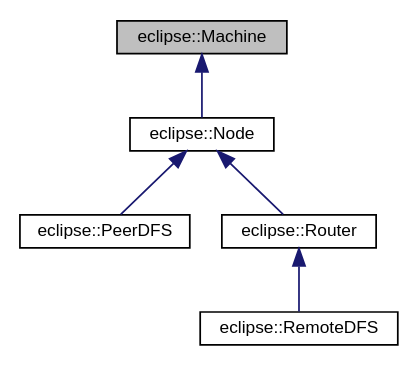
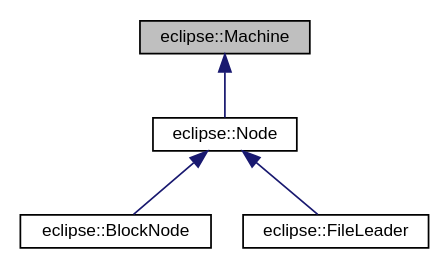
The diagram in classeclipse_1_1Machine__inherit__graph.dot (DICL/VeloxDFS), drawn with Graphviz before and after one commit. The commit also changed 307 other files, not shown here.

```diff
--- a/classeclipse_1_1Machine__inherit__graph.dot
+++ b/classeclipse_1_1Machine__inherit__graph.dot
@@ -1,14 +1,12 @@
 digraph G
 {
   edge [fontname="Helvetica",fontsize="10",labelfontname="Helvetica",labelfontsize="10"];
   node [fontname="Helvetica",fontsize="10",shape=record];
   Node1 [label="eclipse::Machine",height=0.2,width=0.4,color="black", fillcolor="grey75", style="filled" fontcolor="black"];
   Node1 -> Node2 [dir="back",color="midnightblue",fontsize="10",style="solid",fontname="Helvetica"];
   Node2 [label="eclipse::Node",height=0.2,width=0.4,color="black", fillcolor="white", style="filled",URL="$classeclipse_1_1Node.html"];
   Node2 -> Node3 [dir="back",color="midnightblue",fontsize="10",style="solid",fontname="Helvetica"];
-  Node3 [label="eclipse::PeerDFS",height=0.2,width=0.4,color="black", fillcolor="white", style="filled",URL="$classeclipse_1_1PeerDFS.html"];
+  Node3 [label="eclipse::BlockNode",height=0.2,width=0.4,color="black", fillcolor="white", style="filled",URL="$classeclipse_1_1BlockNode.html"];
   Node2 -> Node4 [dir="back",color="midnightblue",fontsize="10",style="solid",fontname="Helvetica"];
-  Node4 [label="eclipse::Router",height=0.2,width=0.4,color="black", fillcolor="white", style="filled",URL="$classeclipse_1_1Router.html"];
-  Node4 -> Node5 [dir="back",color="midnightblue",fontsize="10",style="solid",fontname="Helvetica"];
-  Node5 [label="eclipse::RemoteDFS",height=0.2,width=0.4,color="black", fillcolor="white", style="filled",URL="$classeclipse_1_1RemoteDFS.html"];
+  Node4 [label="eclipse::FileLeader",height=0.2,width=0.4,color="black", fillcolor="white", style="filled",URL="$classeclipse_1_1FileLeader.html"];
 }
```
